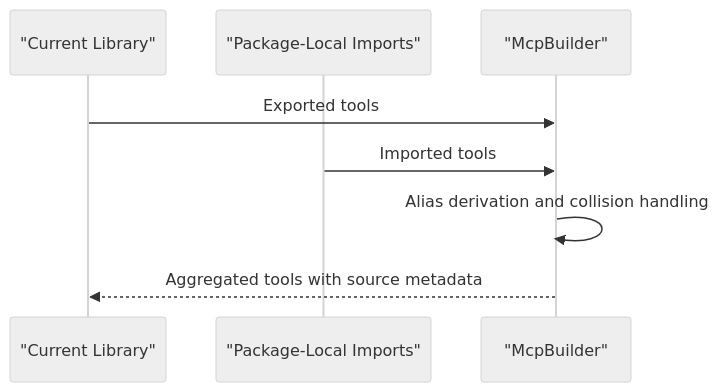
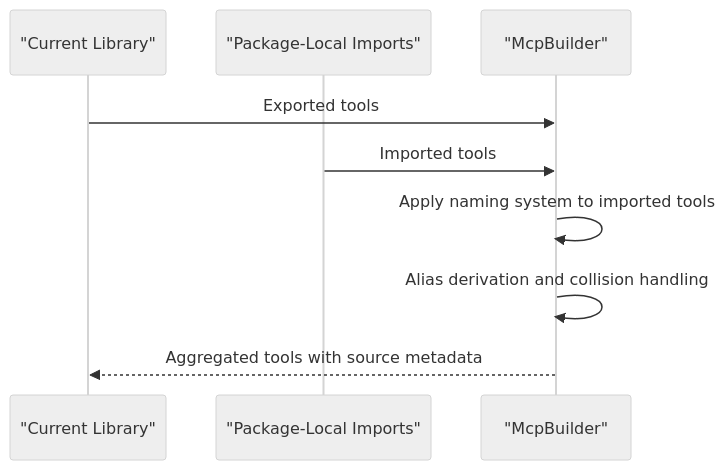
Before and after one commit to cdavis-code/easy_mcp_workspace: the eighth of 10 diagrams in .qoder/repowiki/en/content/Core Concepts/Core Concepts.md, drawn with Mermaid (neutral theme). The commit also changed other lines of this file and 8 other files, not shown here.

````diff
--- a/.qoder/repowiki/en/content/Core Concepts/Core Concepts.md
+++ b/.qoder/repowiki/en/content/Core Concepts/Core Concepts.md
@@ -296,10 +357,11 @@
 ```mermaid
 sequenceDiagram
 participant Lib as "Current Library"
 participant Imp as "Package-Local Imports"
 participant Gen as "McpBuilder"
 Lib->>Gen : Exported tools
 Imp->>Gen : Imported tools
+Gen->>Gen : Apply naming system to imported tools
 Gen->>Gen : Alias derivation and collision handling
 Gen-->>Lib : Aggregated tools with source metadata
 ```
````
